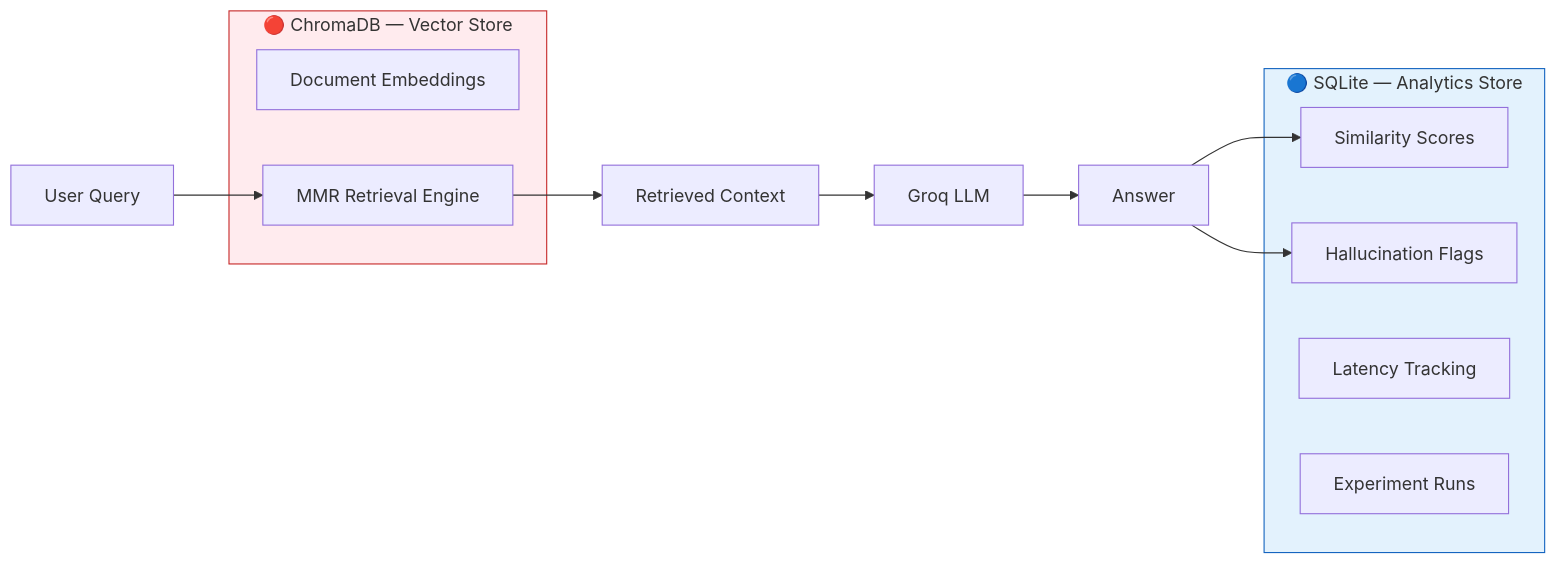
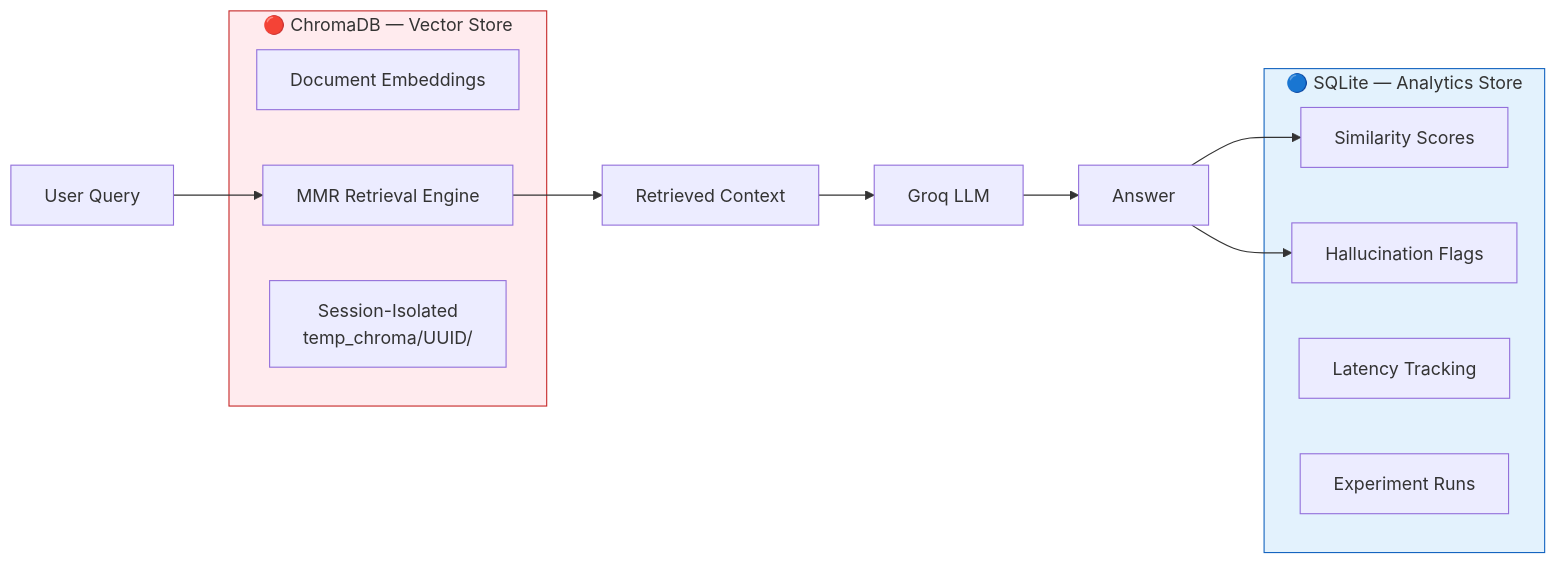
One commit to akshaykumarkorepu/BOLVEDA-AI changed the third of 5 diagrams in README.md. Above: the diagram before and after it, drawn with Mermaid. The commit also changed other lines of this file, not shown here.

````diff
--- a/README.md
+++ b/README.md
@@ -191,24 +244,25 @@
 ```mermaid
 flowchart LR
     subgraph VEC["🔴 ChromaDB — Vector Store"]
         V1[Document Embeddings]
         V2[MMR Retrieval Engine]
+        V3[Session-Isolated\ntemp_chroma/UUID/]
     end
 
     subgraph SQL["🔵 SQLite — Analytics Store"]
         S1[Similarity Scores]
         S2[Hallucination Flags]
         S3[Latency Tracking]
         S4[Experiment Runs]
     end
 
     Q[User Query] --> V2
     V2 --> CTX[Retrieved Context]
     CTX --> LLM[Groq LLM]
     LLM --> ANS[Answer]
     ANS --> S1
     ANS --> S2
 
     style VEC fill:#FFEBEE,stroke:#C62828
     style SQL fill:#E3F2FD,stroke:#1565C0
 ```
````
